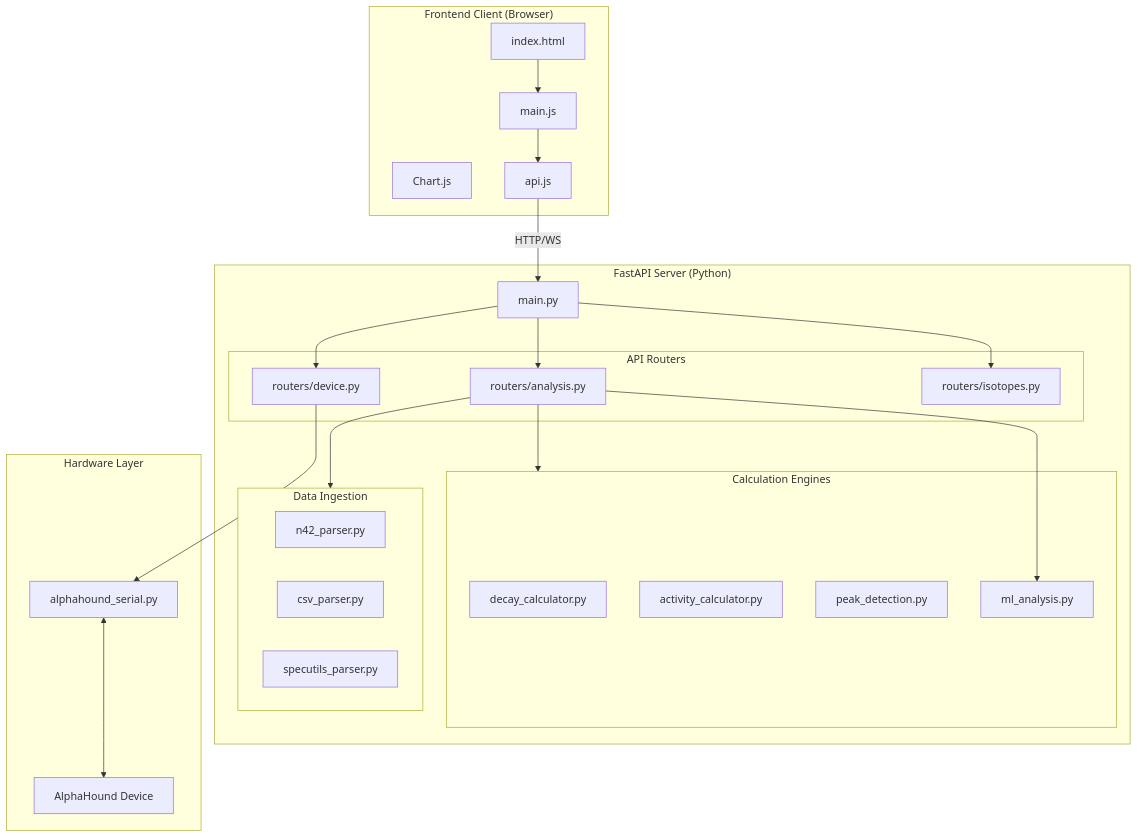
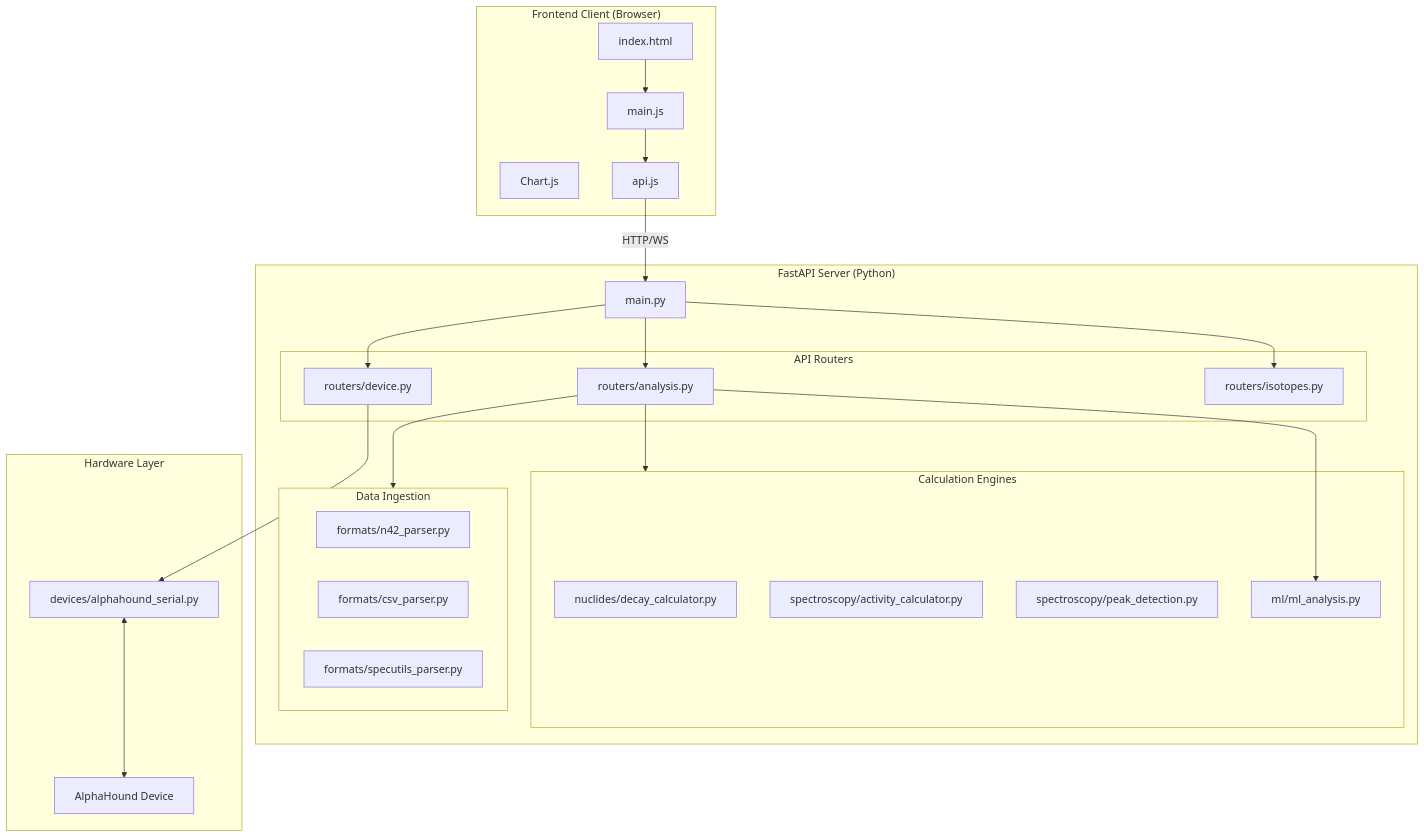
One commit to staticx57/AlphaHoundGUI changed the first of 7 diagrams in docs/THEORY_OF_OPERATION.md. Above: the diagram before and after it, drawn with Mermaid. The commit also changed other lines of this file and 97 other files, not shown here.

````diff
--- a/docs/THEORY_OF_OPERATION.md
+++ b/docs/THEORY_OF_OPERATION.md
@@ -13,52 +13,52 @@
 ```mermaid
 flowchart TB
     subgraph Frontend["Frontend Client (Browser)"]
         UI[index.html]
         Logic[main.js]
         Charts[Chart.js]
         API_JS[api.js]
     end
     
     subgraph Backend["FastAPI Server (Python)"]
         Server[main.py]
         
         subgraph Routers["API Routers"]
             RouteDev[routers/device.py]
             RouteAna[routers/analysis.py]
             RouteIso[routers/isotopes.py]
         end
         
         subgraph Engines["Calculation Engines"]
-            DecayEng[decay_calculator.py]
-            ActCalc[activity_calculator.py]
-            PeakFit[peak_detection.py]
-            MLID[ml_analysis.py]
+            DecayEng[nuclides/decay_calculator.py]
+            ActCalc[spectroscopy/activity_calculator.py]
+            PeakFit[spectroscopy/peak_detection.py]
+            MLID[ml/ml_analysis.py]
         end
         
         subgraph Parsers["Data Ingestion"]
-            N42[n42_parser.py]
-            CSV[csv_parser.py]
-            UniLoad[specutils_parser.py]
+            N42[formats/n42_parser.py]
+            CSV[formats/csv_parser.py]
+            UniLoad[formats/specutils_parser.py]
         end
     end
     
     subgraph Hardware["Hardware Layer"]
-        Driver[alphahound_serial.py]
+        Driver[devices/alphahound_serial.py]
         Device[AlphaHound Device]
     end
     
     UI --> Logic
     Logic --> API_JS
     API_JS --HTTP/WS--> Server
     
     Server --> RouteDev
     Server --> RouteAna
     Server --> RouteIso
     
     RouteDev --> Driver
     Driver <--> Device
     
     RouteAna --> Parsers
     RouteAna --> Engines
     RouteAna --> MLID
 ```
````
